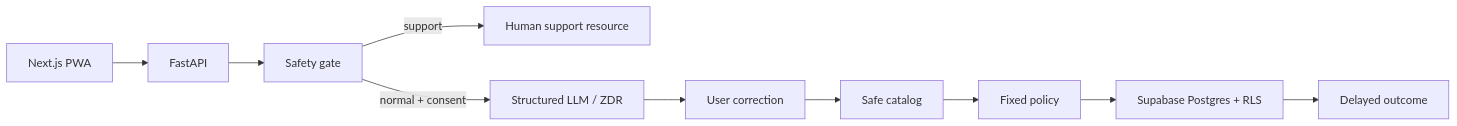
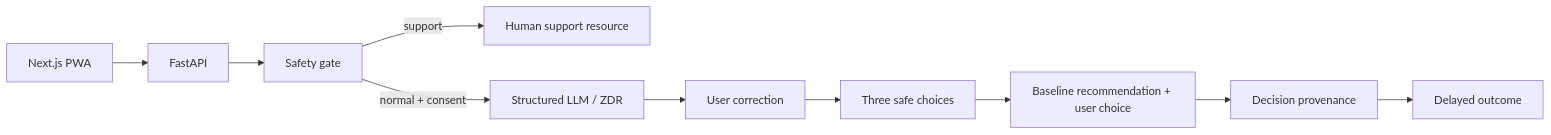
One commit to yusenrong46-afk/JournalPulse changed the diagram in README.md. Above: the diagram before and after it, drawn with Mermaid. The commit also changed other lines of this file and 23 other files, not shown here.

````diff
--- a/README.md
+++ b/README.md
@@ -29,12 +31,12 @@
 ```mermaid
 flowchart LR
   PWA["Next.js PWA"] --> API["FastAPI"]
   API --> SAFE["Safety gate"]
   SAFE -->|support| HUMAN["Human support resource"]
   SAFE -->|normal + consent| LLM["Structured LLM / ZDR"]
   LLM --> CORRECT["User correction"]
-  CORRECT --> CATALOG["Safe catalog"]
-  CATALOG --> POLICY["Fixed policy"]
-  POLICY --> DB["Supabase Postgres + RLS"]
+  CORRECT --> CATALOG["Three safe choices"]
+  CATALOG --> POLICY["Baseline recommendation + user choice"]
+  POLICY --> DB["Decision provenance"]
   DB --> OUTCOME["Delayed outcome"]
 ```
````
